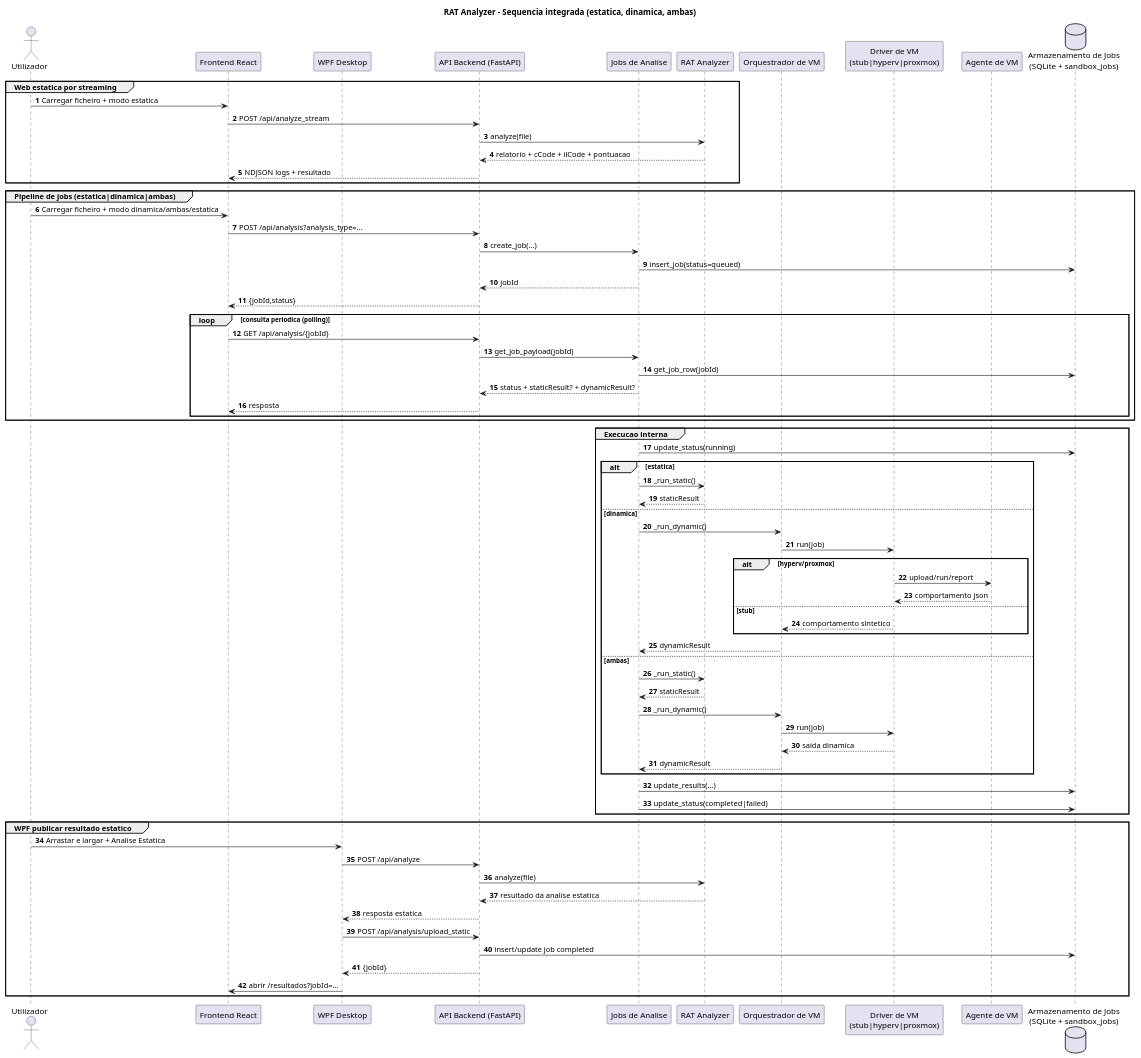
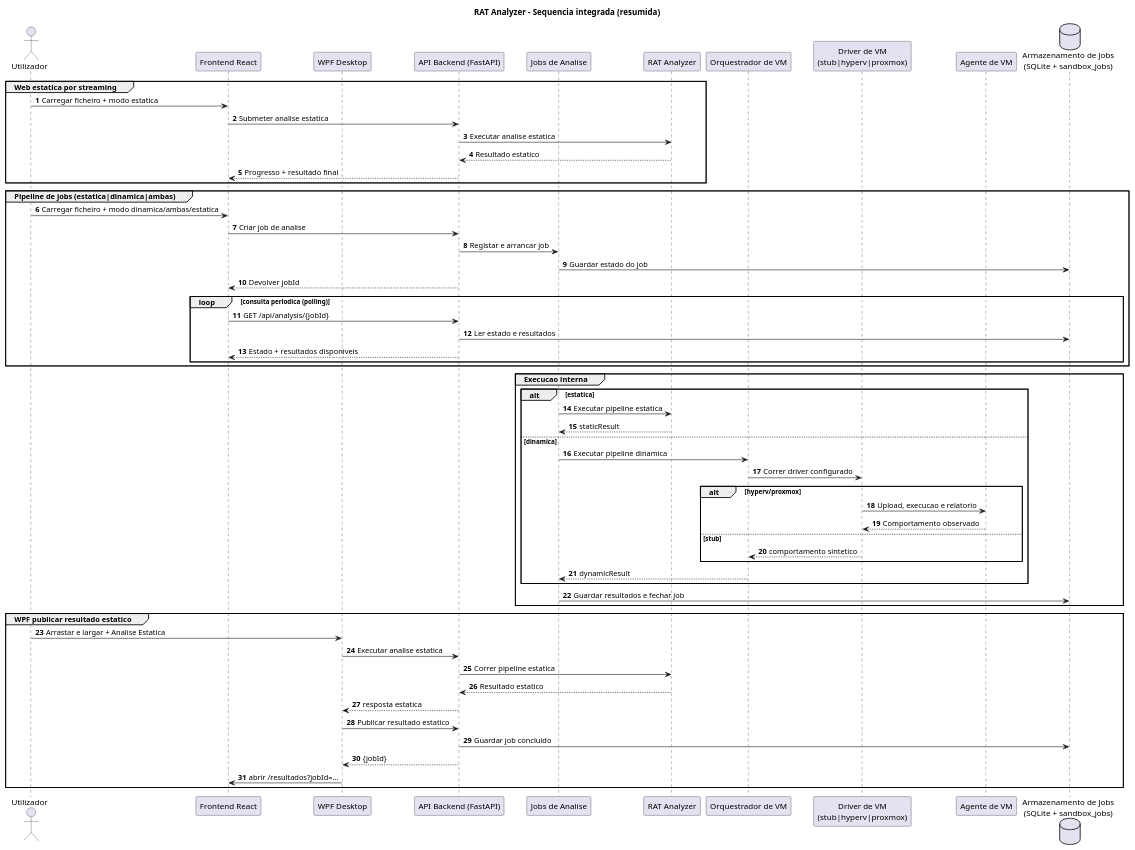
Before and after one commit to tlxp/PROJETO: the diagram in docs/diagrams/analysis-sequence-overview.puml, drawn with PlantUML. The commit also changed 6 other files, not shown here.

```diff
--- a/docs/diagrams/analysis-sequence-overview.puml
+++ b/docs/diagrams/analysis-sequence-overview.puml
@@ -1,82 +1,70 @@
 @startuml
-title RAT Analyzer - Sequencia integrada (estatica, dinamica, ambas)
+title RAT Analyzer - Sequencia integrada (resumida)
 
 autonumber
 skinparam responseMessageBelowArrow true
 
 actor "Utilizador" as U
 participant "Frontend React" as FE
 participant "WPF Desktop" as WPF
 participant "API Backend (FastAPI)" as API
 participant "Jobs de Analise" as JOBS
 participant "RAT Analyzer" as RAT
 participant "Orquestrador de VM" as VMO
 participant "Driver de VM\n(stub|hyperv|proxmox)" as DRV
 participant "Agente de VM" as AGENT
 database "Armazenamento de Jobs\n(SQLite + sandbox_jobs)" as DB
 
 group Web estatica por streaming
 U -> FE: Carregar ficheiro + modo estatica
-FE -> API: POST /api/analyze_stream
-API -> RAT: analyze(file)
-RAT --> API: relatorio + cCode + ilCode + pontuacao
-API --> FE: NDJSON logs + resultado
+FE -> API: Submeter analise estatica
+API -> RAT: Executar analise estatica
+RAT --> API: Resultado estatico
+API --> FE: Progresso + resultado final
 end
 
 group Pipeline de jobs (estatica|dinamica|ambas)
 U -> FE: Carregar ficheiro + modo dinamica/ambas/estatica
-FE -> API: POST /api/analysis?analysis_type=...
-API -> JOBS: create_job(...)
-JOBS -> DB: insert_job(status=queued)
-JOBS --> API: jobId
-API --> FE: {jobId,status}
+FE -> API: Criar job de analise
+API -> JOBS: Registar e arrancar job
+JOBS -> DB: Guardar estado do job
+API --> FE: Devolver jobId
 
 loop consulta periodica (polling)
 FE -> API: GET /api/analysis/{jobId}
-API -> JOBS: get_job_payload(jobId)
-JOBS -> DB: get_job_row(jobId)
-JOBS --> API: status + staticResult? + dynamicResult?
-API --> FE: resposta
+API -> DB: Ler estado e resultados
+API --> FE: Estado + resultados disponiveis
 end
 end
 
 group Execucao interna
-JOBS -> DB: update_status(running)
 alt estatica
-JOBS -> RAT: _run_static()
+JOBS -> RAT: Executar pipeline estatica
 RAT --> JOBS: staticResult
 else dinamica
-JOBS -> VMO: _run_dynamic()
-VMO -> DRV: run(job)
+JOBS -> VMO: Executar pipeline dinamica
+VMO -> DRV: Correr driver configurado
 alt hyperv/proxmox
-DRV -> AGENT: upload/run/report
-AGENT --> DRV: comportamento json
+DRV -> AGENT: Upload, execucao e relatorio
+AGENT --> DRV: Comportamento observado
 else stub
 DRV --> VMO: comportamento sintetico
 end
 VMO --> JOBS: dynamicResult
-else ambas
-JOBS -> RAT: _run_static()
-RAT --> JOBS: staticResult
-JOBS -> VMO: _run_dynamic()
-VMO -> DRV: run(job)
-DRV --> VMO: saida dinamica
-VMO --> JOBS: dynamicResult
 end
-JOBS -> DB: update_results(...)
-JOBS -> DB: update_status(completed|failed)
+JOBS -> DB: Guardar resultados e fechar job
 end
 
 group WPF publicar resultado estatico
 U -> WPF: Arrastar e largar + Analise Estatica
-WPF -> API: POST /api/analyze
-API -> RAT: analyze(file)
-RAT --> API: resultado da analise estatica
+WPF -> API: Executar analise estatica
+API -> RAT: Correr pipeline estatica
+RAT --> API: Resultado estatico
 API --> WPF: resposta estatica
-WPF -> API: POST /api/analysis/upload_static
-API -> DB: insert/update job completed
+WPF -> API: Publicar resultado estatico
+API -> DB: Guardar job concluido
 API --> WPF: {jobId}
 WPF -> FE: abrir /resultados?jobId=...
 end
 
 @enduml
```
